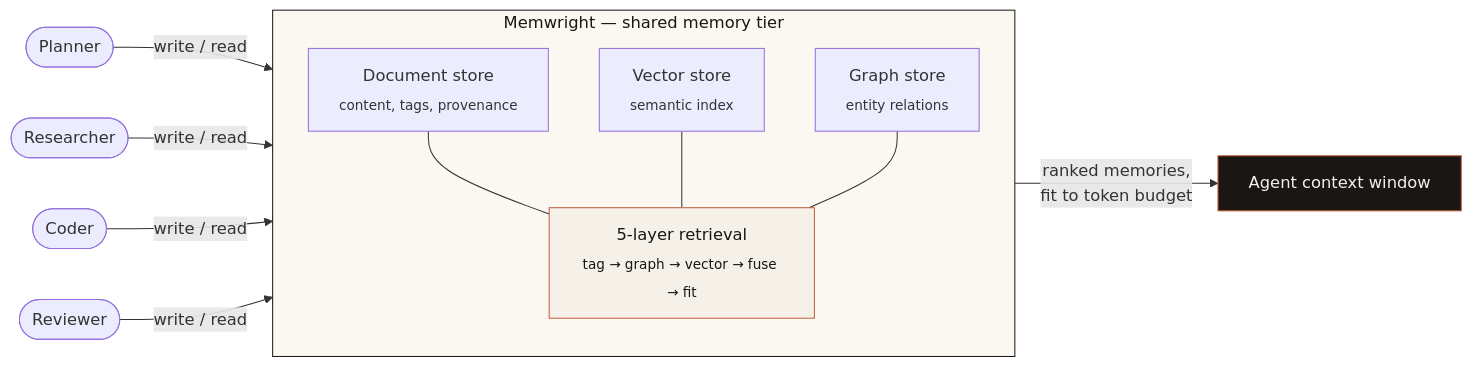
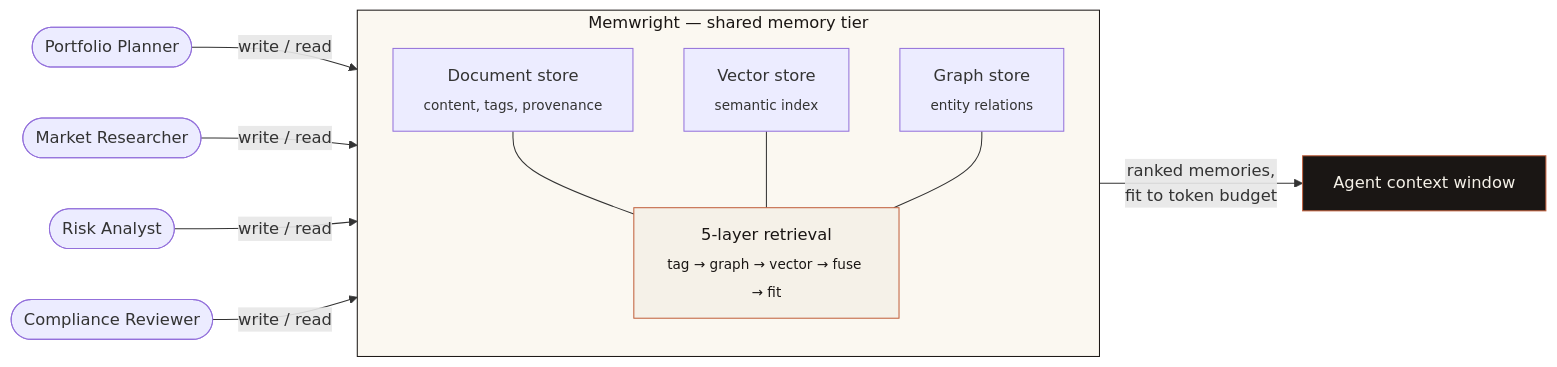
Before and after one commit to bolnet/attestor: the first of 2 diagrams in README.md, drawn with Mermaid.

Commit message:
docs: rename agents in solution diagram to financial-advisor domain
Portfolio Planner / Market Researcher / Risk Analyst / Compliance
Reviewer — grounds the high-level diagram in a concrete industry
use case.

````diff
--- a/README.md
+++ b/README.md
@@ -40,24 +40,24 @@
 ```mermaid
 flowchart LR
-    A1([Planner])   -->|write / read| M
-    A2([Researcher]) -->|write / read| M
-    A3([Coder])      -->|write / read| M
-    A4([Reviewer])   -->|write / read| M
+    A1([Portfolio Planner])    -->|write / read| M
+    A2([Market Researcher])    -->|write / read| M
+    A3([Risk Analyst])         -->|write / read| M
+    A4([Compliance Reviewer])  -->|write / read| M
 
     subgraph M [Memwright &mdash; shared memory tier]
         direction TB
         S1[Document store<br/><sub>content, tags, provenance</sub>]
         S2[Vector store<br/><sub>semantic index</sub>]
         S3[Graph store<br/><sub>entity relations</sub>]
         R[5-layer retrieval<br/><sub>tag &rarr; graph &rarr; vector &rarr; fuse &rarr; fit</sub>]
         S1 --- R
         S2 --- R
         S3 --- R
     end
 
     M -->|ranked memories,<br/>fit to token budget| CTX[Agent context window]
 
     style M fill:#FBF8F1,stroke:#1A1614,color:#1A1614
     style R fill:#F5F1E8,stroke:#C15F3C,color:#1A1614
     style CTX fill:#1A1614,stroke:#C15F3C,color:#F5F1E8
 ```
````
